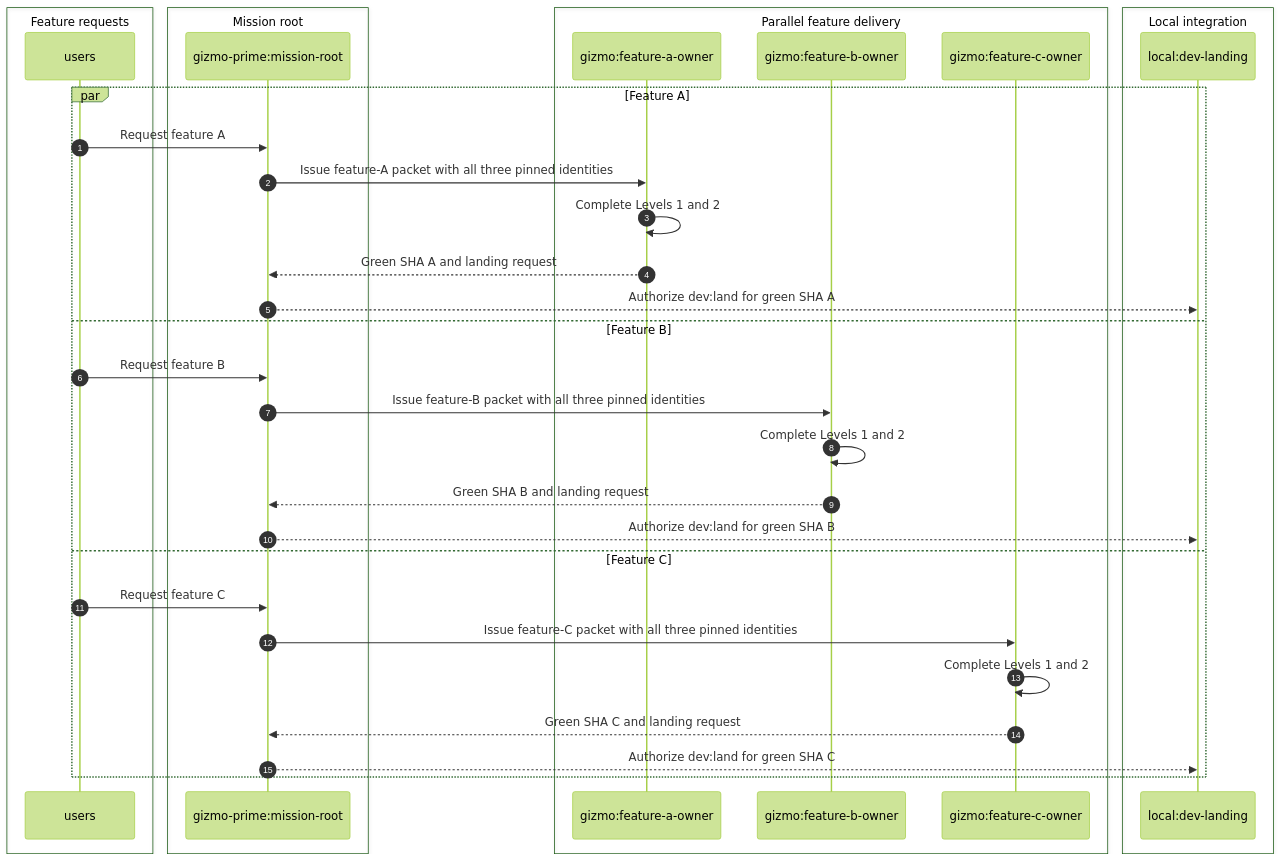
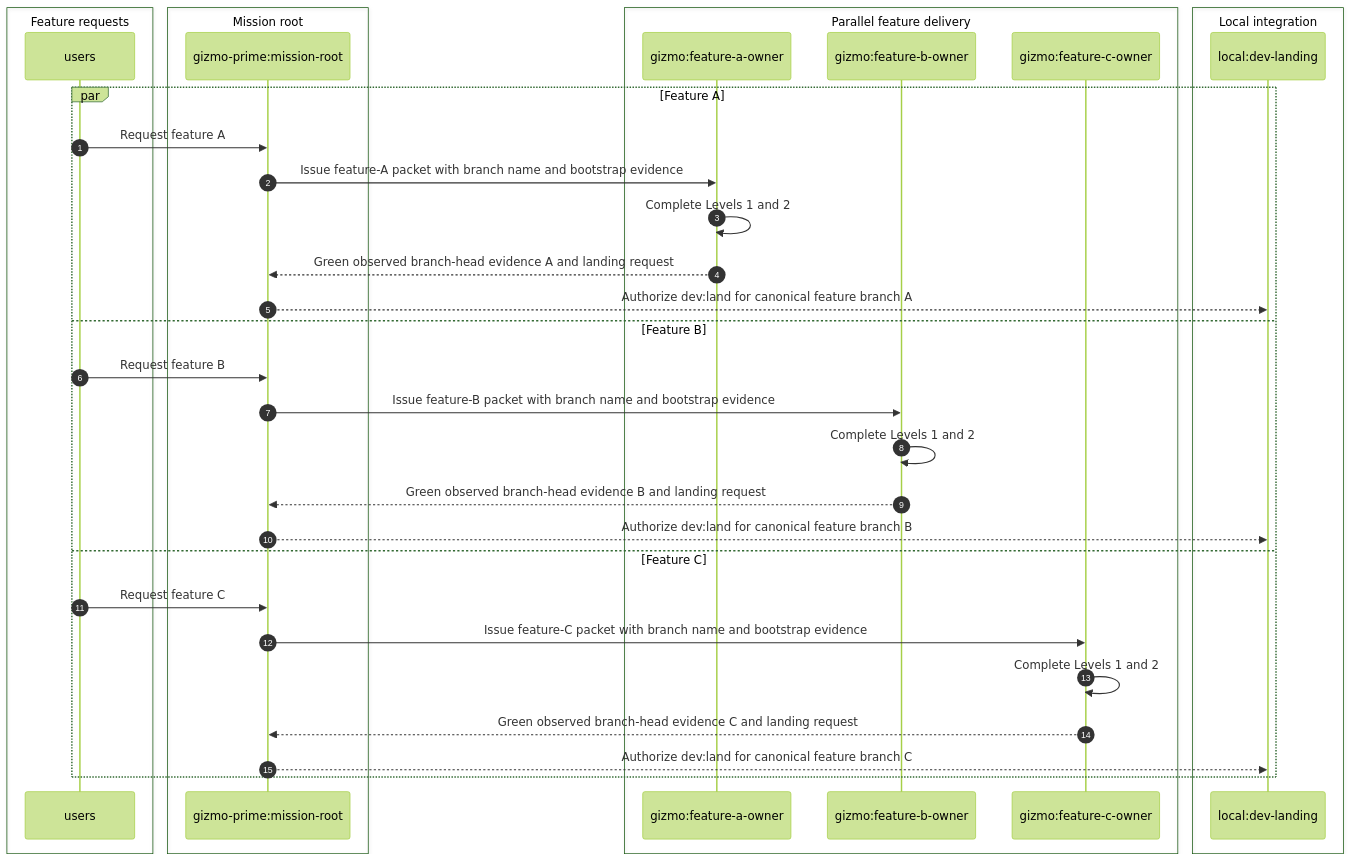
One commit to meta-secret/nook changed the ninth of 13 diagrams in .cortex/gizmo-prime/architecture/multiagent-delivery-diagrams.md. Above: the diagram before and after it, drawn with Mermaid (forest theme). The commit also changed other lines of this file and 4 other files, not shown here.

Commit message:
docs(cortex): make feature branch authority consistent

````diff
--- a/.cortex/gizmo-prime/architecture/multiagent-delivery-diagrams.md
+++ b/.cortex/gizmo-prime/architecture/multiagent-delivery-diagrams.md
@@ -398,42 +399,42 @@
 ```mermaid
 sequenceDiagram
     autonumber
 
     box Feature requests
         participant Users as users
     end
 
     box Mission root
         participant Prime as gizmo-prime:mission-root
     end
 
     box Parallel feature delivery
         participant A as gizmo:feature-a-owner
         participant B as gizmo:feature-b-owner
         participant C as gizmo:feature-c-owner
     end
 
     box Local integration
         participant Landing as local:dev-landing
     end
 
     par Feature A
         Users->>Prime: Request feature A
-        Prime->>A: Issue feature-A packet with all three pinned identities
+        Prime->>A: Issue feature-A packet with branch name and bootstrap evidence
         A->>A: Complete Levels 1 and 2
-        A-->>Prime: Green SHA A and landing request
-        Prime-->>Landing: Authorize dev:land for green SHA A
+        A-->>Prime: Green observed branch-head evidence A and landing request
+        Prime-->>Landing: Authorize dev:land for canonical feature branch A
     and Feature B
         Users->>Prime: Request feature B
-        Prime->>B: Issue feature-B packet with all three pinned identities
+        Prime->>B: Issue feature-B packet with branch name and bootstrap evidence
         B->>B: Complete Levels 1 and 2
-        B-->>Prime: Green SHA B and landing request
-        Prime-->>Landing: Authorize dev:land for green SHA B
+        B-->>Prime: Green observed branch-head evidence B and landing request
+        Prime-->>Landing: Authorize dev:land for canonical feature branch B
     and Feature C
         Users->>Prime: Request feature C
-        Prime->>C: Issue feature-C packet with all three pinned identities
+        Prime->>C: Issue feature-C packet with branch name and bootstrap evidence
         C->>C: Complete Levels 1 and 2
-        C-->>Prime: Green SHA C and landing request
-        Prime-->>Landing: Authorize dev:land for green SHA C
+        C-->>Prime: Green observed branch-head evidence C and landing request
+        Prime-->>Landing: Authorize dev:land for canonical feature branch C
     end
 ```
````
